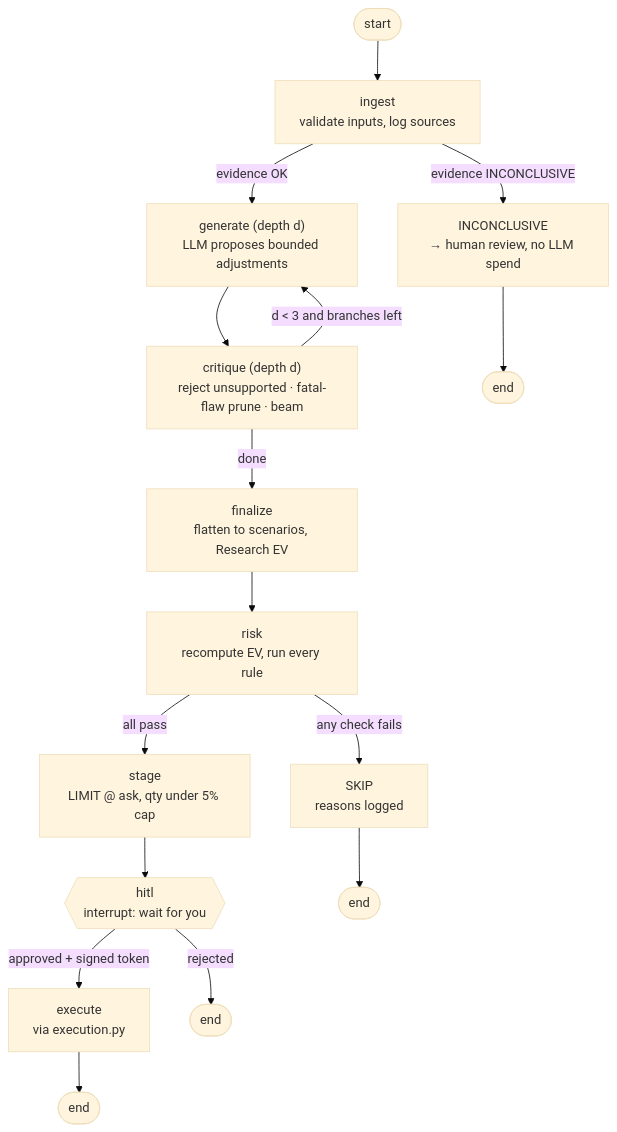
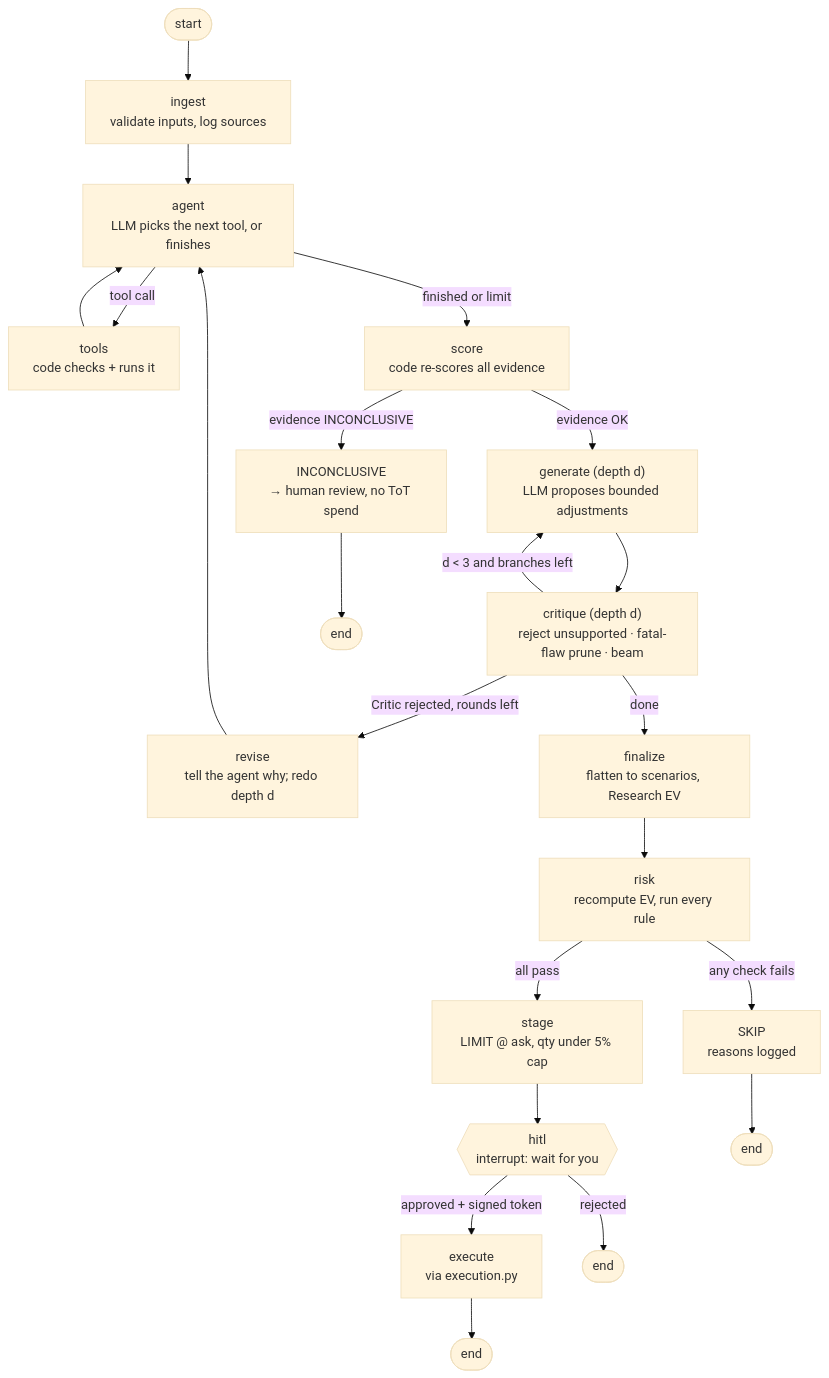
One commit to sathishkdev/BioTradeAI changed the third of 4 diagrams in README.md. Above: the diagram before and after it, drawn with Mermaid (base theme). The commit also changed other lines of this file and 23 other files, not shown here.

First line of the commit message:
Research agent: bounded autonomous tool loop for evidence

````diff
--- a/README.md
+++ b/README.md
@@ -209,18 +221,24 @@
 ```mermaid
 flowchart TD
     START([start]) --> INGEST["ingest<br/>validate inputs, log sources"]
-    INGEST -->|evidence INCONCLUSIVE| INC["INCONCLUSIVE<br/>→ human review, no LLM spend"]
-    INGEST -->|evidence OK| GEN["generate (depth d)<br/>LLM proposes bounded adjustments"]
+    INGEST --> AGENT["agent<br/>LLM picks the next tool, or finishes"]
+    AGENT -->|tool call| TOOLS["tools<br/>code checks + runs it"]
+    TOOLS --> AGENT
+    AGENT -->|finished or limit| SCORE["score<br/>code re-scores all evidence"]
+    SCORE -->|evidence INCONCLUSIVE| INC["INCONCLUSIVE<br/>→ human review, no ToT spend"]
+    SCORE -->|evidence OK| GEN["generate (depth d)<br/>LLM proposes bounded adjustments"]
     GEN --> CRIT["critique (depth d)<br/>reject unsupported · fatal-flaw prune · beam"]
+    CRIT -->|Critic rejected, rounds left| REV["revise<br/>tell the agent why; redo depth d"]
+    REV --> AGENT
     CRIT -->|d < 3 and branches left| GEN
     CRIT -->|done| FIN["finalize<br/>flatten to scenarios, Research EV"]
     FIN --> RISK["risk<br/>recompute EV, run every rule"]
     RISK -->|any check fails| SKIP["SKIP<br/>reasons logged"]
     RISK -->|all pass| STAGE["stage<br/>LIMIT @ ask, qty under 5% cap"]
     STAGE --> HITL{{"hitl<br/>interrupt: wait for you"}}
     HITL -->|approved + signed token| EXE["execute<br/>via execution.py"]
     HITL -->|rejected| END1([end])
     INC --> END2([end])
     SKIP --> END3([end])
     EXE --> END4([end])
 ```
````
